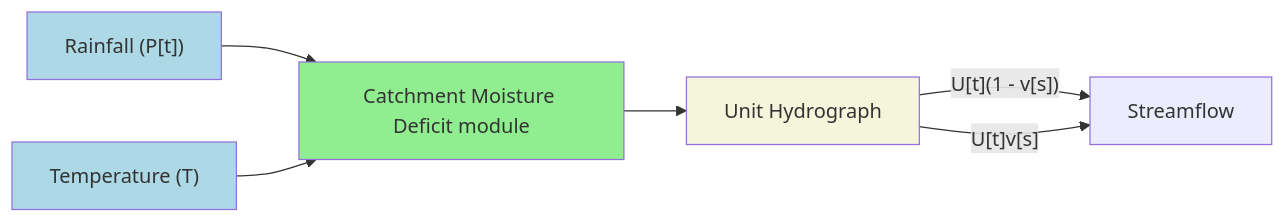
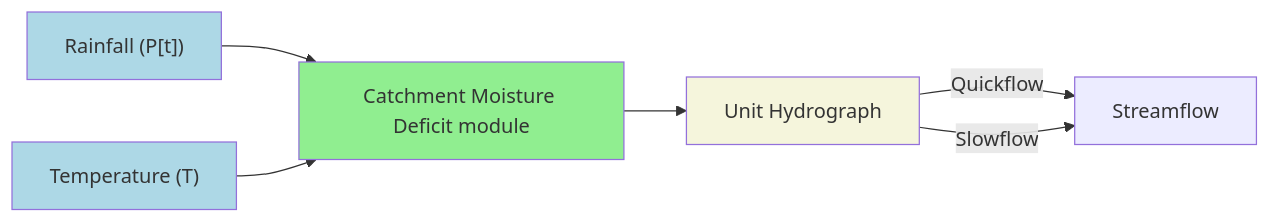
One commit to ConnectedSystems/ihacres_nim changed the first of 2 diagrams in primer.md. Above: the diagram before and after it, drawn with Mermaid.

Commit message:
Replace math notation with plain English

````diff
--- a/primer.md
+++ b/primer.md
@@ -7,20 +7,20 @@
 ```mermaid
 graph LR
 
   rainfall["Rainfall (P[t])"]
   rainfall --> nl_loss["Catchment Moisture Deficit module"];
   T["Temperature (T)"] --> nl_loss;
   nl_loss --> uh[Unit Hydrograph];
 
-  uh -->|"U[t](1 - v[s])"| Streamflow;
-  uh -->|"U[t]v[s]"| Streamflow;
+  uh -->|Quickflow| Streamflow;
+  uh -->|Slowflow| Streamflow;
 
   classDef variable fill:lightblue
   class rainfall,T variable
 
   classDef nonlinear fill:lightgreen
   class nl_loss nonlinear
 
   classDef mUH fill:beige
   class uh mUH
 ```
````
